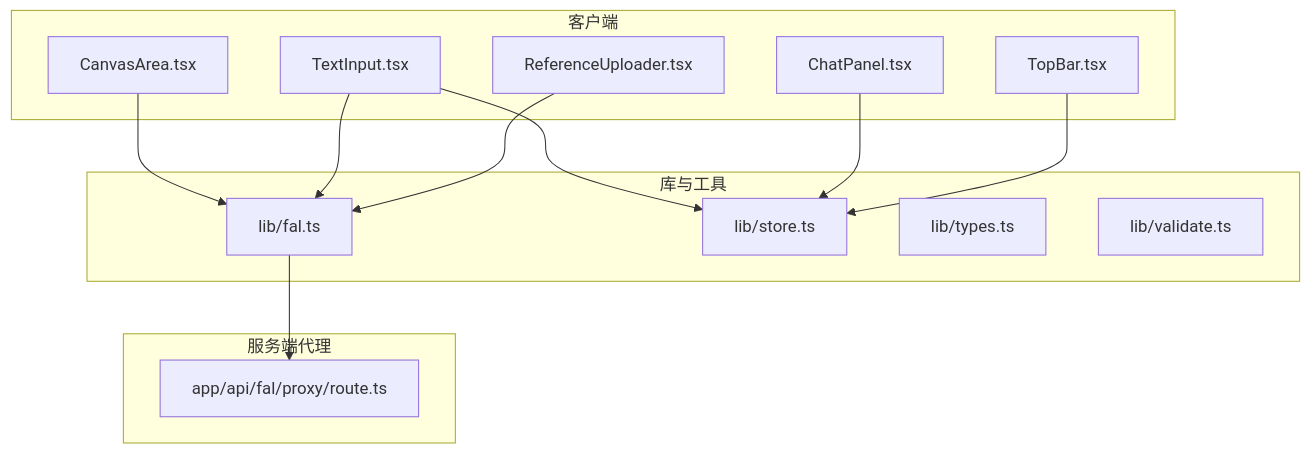
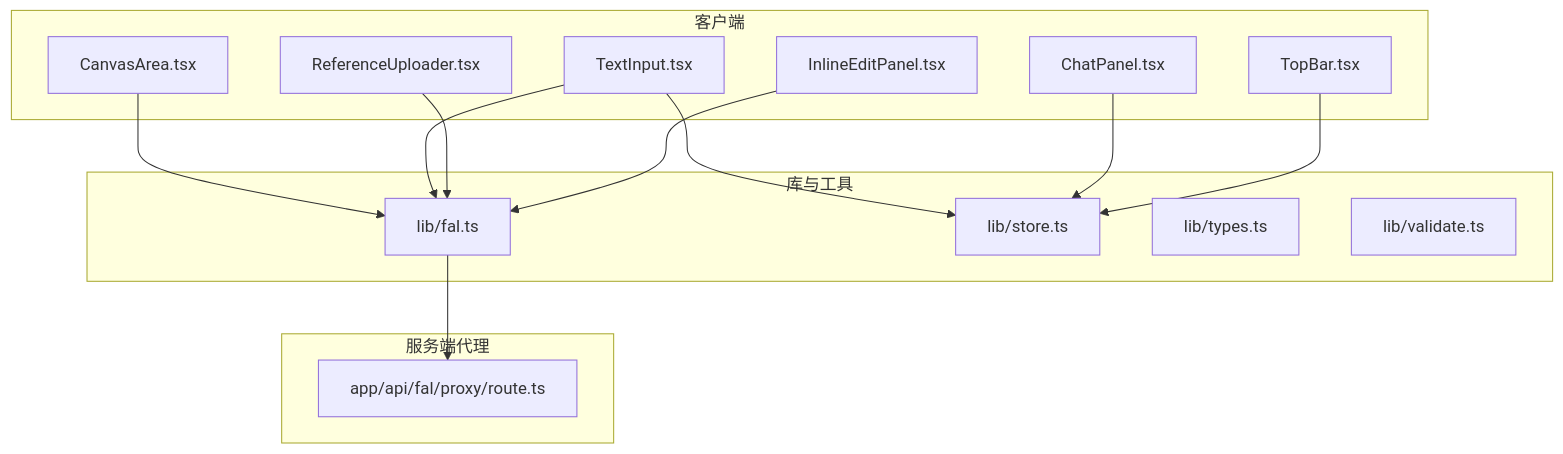
One commit to billye220670/BananaFlow2 changed the first of 12 diagrams in .qoder/repowiki/zh/content/核心功能模块/AI API 集成.md. Above: the diagram before and after it, drawn with Mermaid. The commit also changed other lines of this file and 4 other files, not shown here.

````diff
--- a/.qoder/repowiki/zh/content/核心功能模块/AI API 集成.md
+++ b/.qoder/repowiki/zh/content/核心功能模块/AI API 集成.md
@@ -60,26 +58,28 @@
 ```mermaid
 graph TB
 subgraph "客户端"
 UI_Canvas["CanvasArea.tsx"]
 UI_Chat["ChatPanel.tsx"]
 UI_Text["TextInput.tsx"]
 UI_Uploader["ReferenceUploader.tsx"]
 UI_TopBar["TopBar.tsx"]
+UI_EditPanel["InlineEditPanel.tsx"]
 end
 subgraph "库与工具"
 L_FAL["lib/fal.ts"]
 L_Store["lib/store.ts"]
 L_Types["lib/types.ts"]
 L_Validate["lib/validate.ts"]
 end
 subgraph "服务端代理"
 S_Route["app/api/fal/proxy/route.ts"]
 end
 UI_Canvas --> L_FAL
 UI_Text --> L_FAL
 UI_Uploader --> L_FAL
 UI_Text --> L_Store
 UI_Chat --> L_Store
 UI_TopBar --> L_Store
+UI_EditPanel --> L_FAL
 L_FAL --> S_Route
 ```
````
